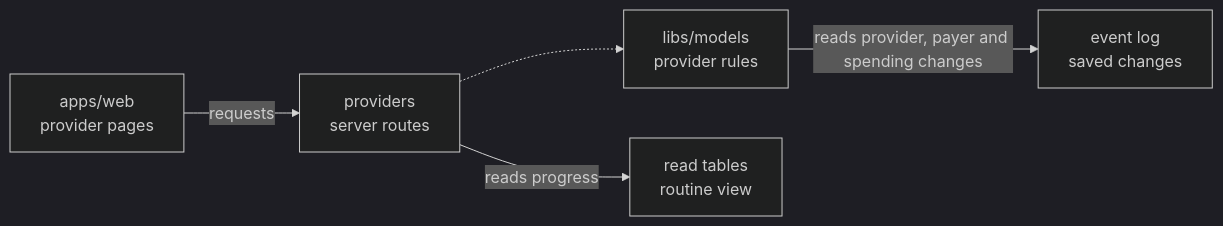
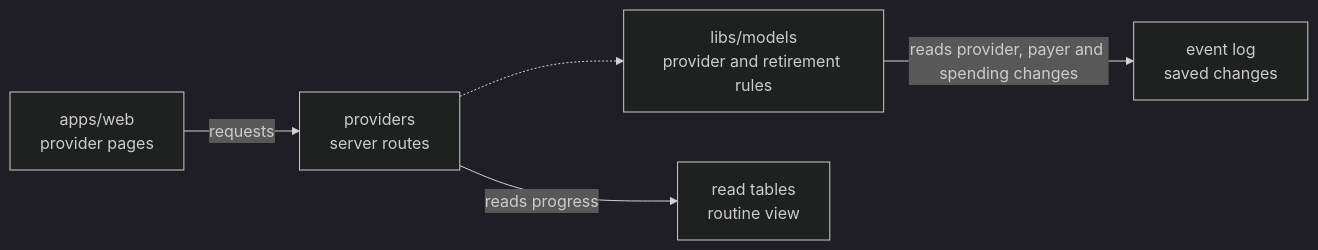
The diagram in apps/server/src/providers/README.md (elewa-git/opencrane-new), drawn with Mermaid (dark theme) before and after one commit. The commit also changed other lines of this file and 24 other files, not shown here.

````diff
--- a/apps/server/src/providers/README.md
+++ b/apps/server/src/providers/README.md
@@ -43,7 +46,7 @@
 ```mermaid
 flowchart LR
   web["apps/web<br/>provider pages"] -->|requests| routes["providers<br/>server routes"]
-  routes -.-> models["libs/models<br/>provider rules"]
+  routes -.-> models["libs/models<br/>provider and retirement rules"]
   models -->|reads provider, payer and spending changes| store["event log<br/>saved changes"]
   routes -->|reads progress| tables["read tables<br/>routine view"]
 ```
````
